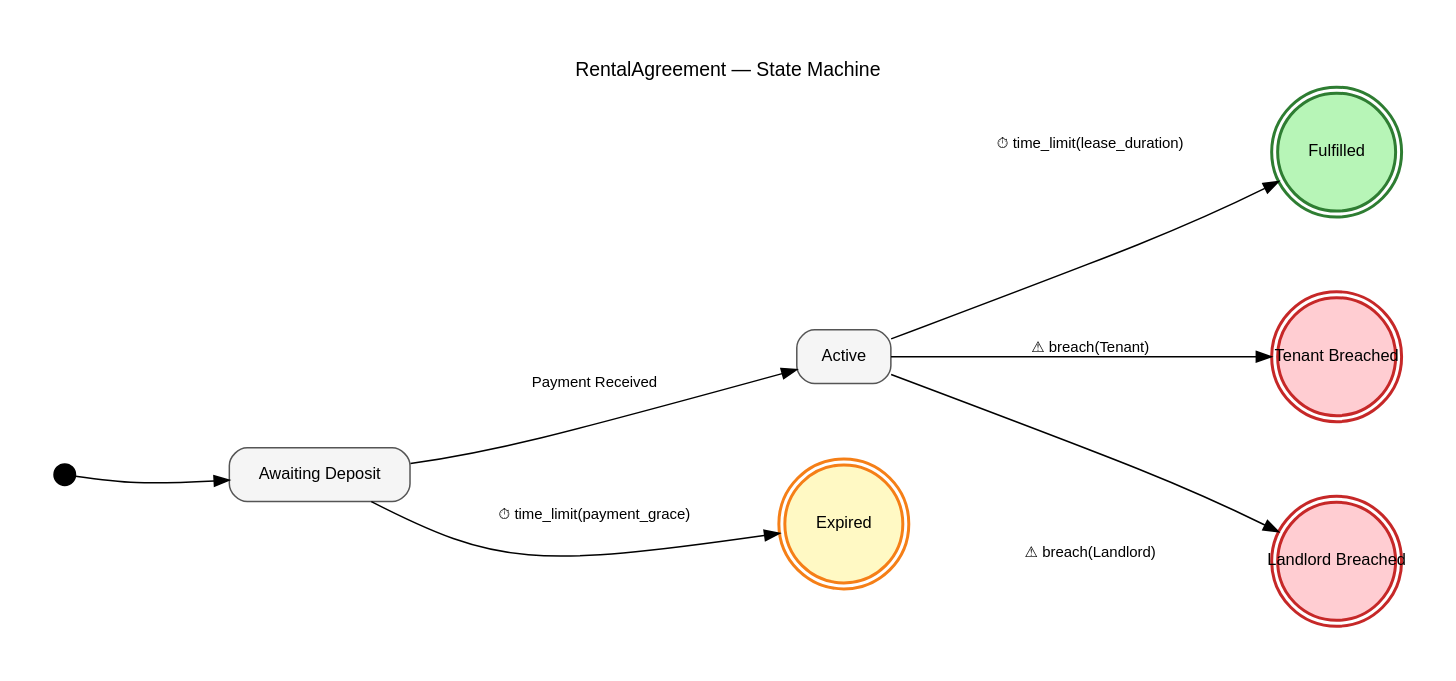
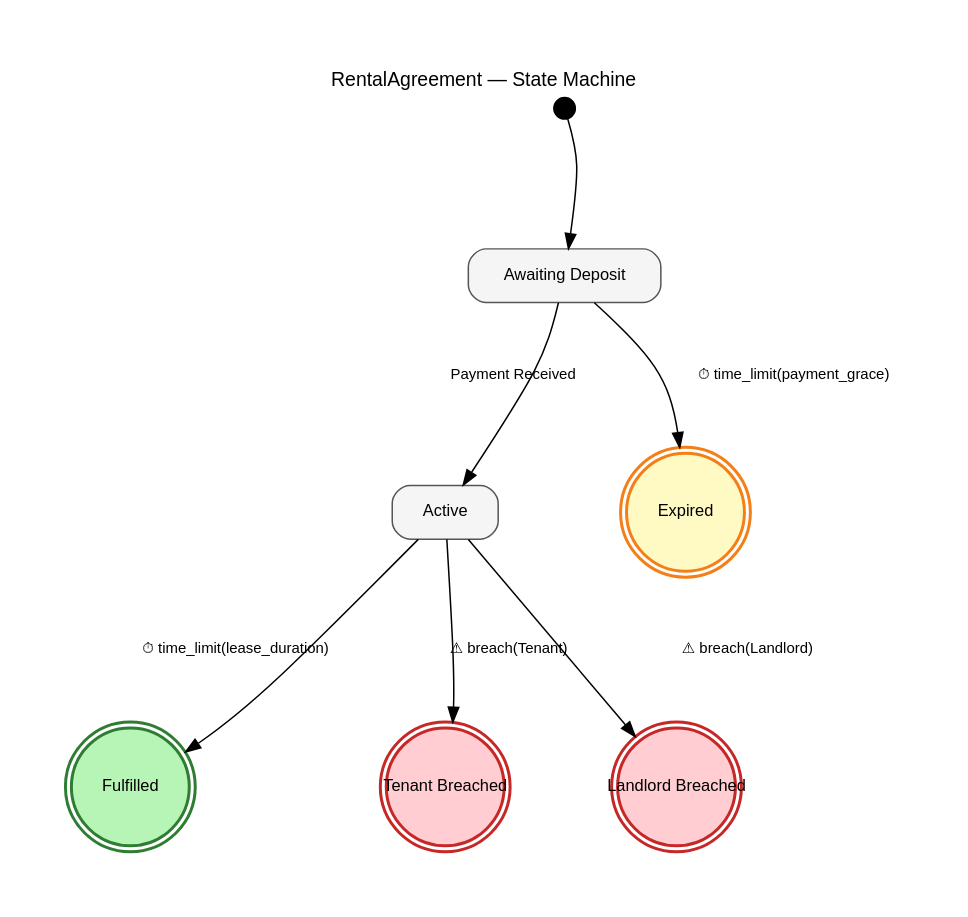
One commit to codeNinja62/LexScript changed the diagram in examples/rental.dot. Above: the diagram before and after it, drawn with Graphviz. The commit also changed 4 other files, not shown here.

```diff
--- a/examples/rental.dot
+++ b/examples/rental.dot
@@ -1,29 +1,29 @@
 digraph RentalAgreement {
-    rankdir=LR;
+    rankdir=TB;
     splines=curved;
     concentrate=true;
-    nodesep=0.7;
-    ranksep=1.4;
-    graph [fontname="Helvetica" fontsize=13 label="RentalAgreement — State Machine" labelloc=t labeljust=c pad=0.4];
-    node  [fontname="Helvetica" fontsize=11 margin="0.2,0.12"];
+    nodesep=0.9;
+    ranksep=1.2;
+    graph [fontname="Helvetica" fontsize=13 label="RentalAgreement — State Machine" labelloc=t labeljust=c pad=0.5];
+    node  [fontname="Helvetica" fontsize=11 margin="0.25,0.15"];
     edge  [fontname="Helvetica" fontsize=10];
 
     // Entry point
     __start [label="" shape=point width=0.2];
     __start -> AwaitingDeposit;
 
     // States
     AwaitingDeposit [label="Awaiting Deposit" shape=box style="rounded,filled" fillcolor="#f5f5f5" color="#555555"];
     Active [label="Active" shape=box style="rounded,filled" fillcolor="#f5f5f5" color="#555555"];
     Fulfilled [label="Fulfilled" shape=doublecircle style=filled fillcolor="#b7f5b7" color="#2e7d32" penwidth=2 width=1.1 height=1.1 fixedsize=true];
     TenantBreached [label="Tenant Breached" shape=doublecircle style=filled fillcolor="#ffcdd2" color="#c62828" penwidth=2 width=1.1 height=1.1 fixedsize=true];
     LandlordBreached [label="Landlord Breached" shape=doublecircle style=filled fillcolor="#ffcdd2" color="#c62828" penwidth=2 width=1.1 height=1.1 fixedsize=true];
     Expired [label="Expired" shape=doublecircle style=filled fillcolor="#fff9c4" color="#f57f17" penwidth=2 width=1.1 height=1.1 fixedsize=true];
 
     // Transitions
     AwaitingDeposit -> Active [label="Payment Received"];
     AwaitingDeposit -> Expired [label="⏱ time_limit(payment_grace)"];
     Active -> TenantBreached [label="⚠ breach(Tenant)"];
     Active -> LandlordBreached [label="⚠ breach(Landlord)"];
     Active -> Fulfilled [label="⏱ time_limit(lease_duration)"];
 }
```
